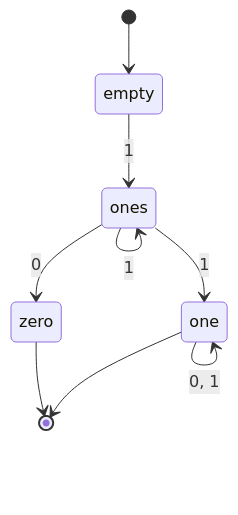
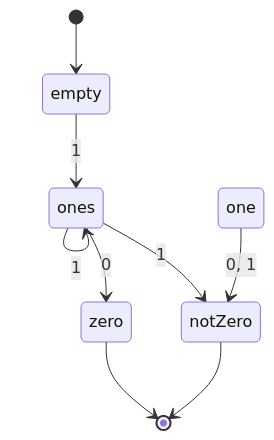
One commit to raganwald/raganwald.github.com changed diagram 24 of 35 in _posts/2019-09-21-recognizing-myself.md. Above: the diagram before and after it, drawn with Mermaid. The commit also changed other lines of this file and 2 other files, not shown here.

```diff
--- a/_posts/2019-09-21-recognizing-myself.md
+++ b/_posts/2019-09-21-recognizing-myself.md
@@ -1345,11 +1310,11 @@
 <div class="mermaid">
   stateDiagram
     [*]-->empty
     empty-->ones : 1
     ones-->ones : 1
     ones --> zero : 0
-    ones --> one : 1
-    one --> one : 0, 1
+    ones --> notZero : 1
+    one --> notZero : 0, 1
     zero --> [*]
-    one --> [*]
+    notZero --> [*]
 </div>
```
